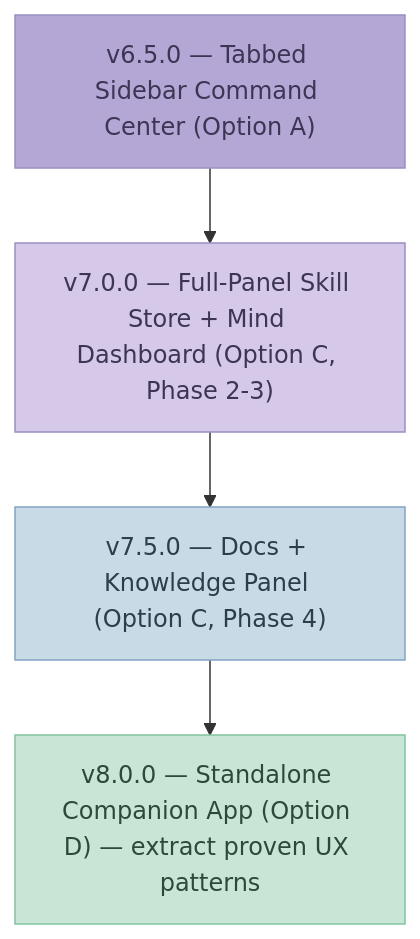
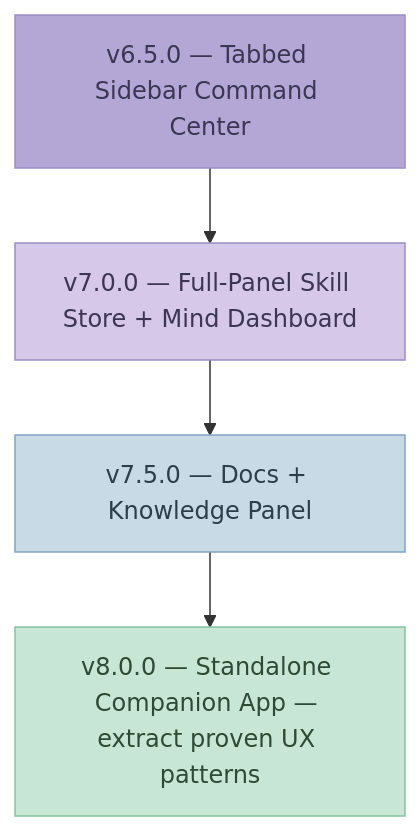
The fourth of 4 diagrams in alex_docs/research/COMMAND-CENTER-FEASIBILITY-2026-03-05.md (fabioc-aloha/Alex_Plug_In), drawn with Mermaid before and after one commit. The commit also changed other lines of this file, not shown here.

First line of the commit message:
docs: add VS Code API validation + Phase 0 cleanup plan to Command Center spec

````diff
--- a/alex_docs/research/COMMAND-CENTER-FEASIBILITY-2026-03-05.md
+++ b/alex_docs/research/COMMAND-CENTER-FEASIBILITY-2026-03-05.md
@@ -563,10 +813,10 @@
 ```mermaid
 graph TD
-    V65["v6.5.0 — Tabbed Sidebar Command Center (Option A)"] --> V70["v7.0.0 — Full-Panel Skill Store + Mind Dashboard (Option C, Phase 2-3)"]
-    V70 --> V75["v7.5.0 — Docs + Knowledge Panel (Option C, Phase 4)"]
-    V75 --> V80["v8.0.0 — Standalone Companion App (Option D) — extract proven UX patterns"]
+    V65["v6.5.0 — Tabbed Sidebar Command Center"] --> V70["v7.0.0 — Full-Panel Skill Store + Mind Dashboard"]
+    V70 --> V75["v7.5.0 — Docs + Knowledge Panel"]
+    V75 --> V80["v8.0.0 — Standalone Companion App — extract proven UX patterns"]
     style V65 fill:#b4a7d6,stroke:#9b8ec4,color:#3c3553
     style V70 fill:#d5c8e8,stroke:#9b8ec4,color:#3c3553
     style V75 fill:#c8dae6,stroke:#82a4c4,color:#2d3d4a
     style V80 fill:#c8e6d5,stroke:#82c4a0,color:#2d4a37
 ```
````
